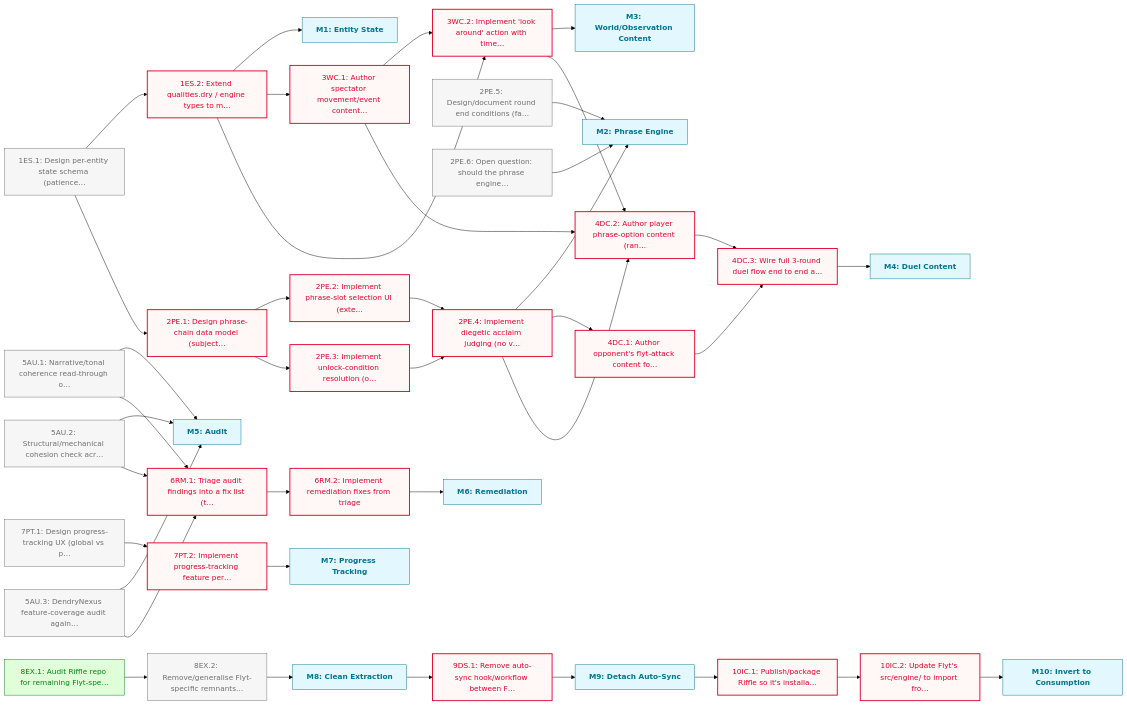
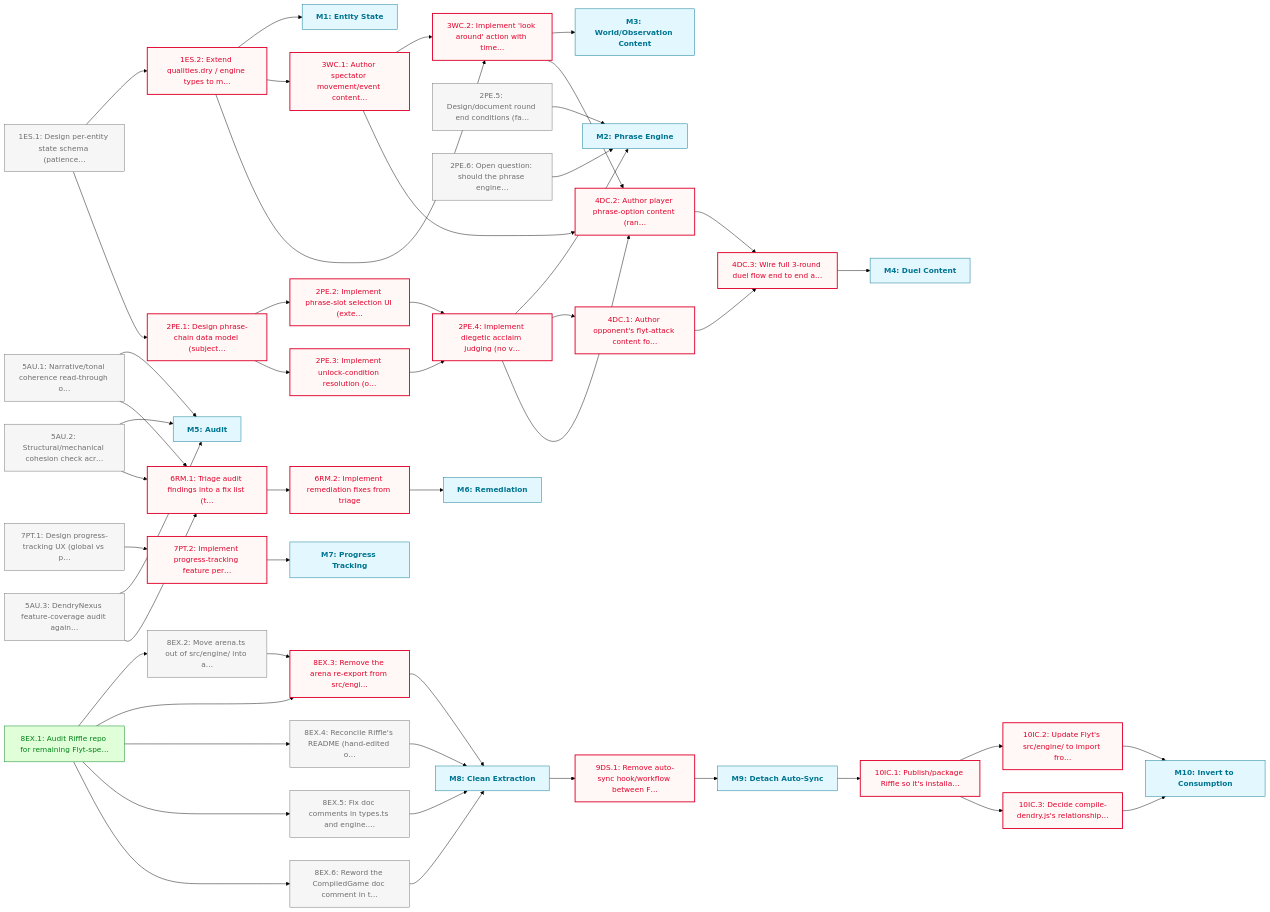
The diagram in docs/roadmaps/FOUNDATIONS.md (JasonWarrenUK/flyt), drawn with Mermaid (forest theme) before and after one commit. The commit also changed other lines of this file and 3 other files, not shown here.

First line of the commit message:
chore(roadmap): split 8EX.2 into one task per audit finding

````diff
--- a/docs/roadmaps/FOUNDATIONS.md
+++ b/docs/roadmaps/FOUNDATIONS.md
@@ -111,6 +121,7 @@
 ```mermaid
 graph LR
 	classDef todo fill:#f6f6f6,stroke:#6f6f6f,color:#6f6f6f
+	classDef inProgress fill:#e8f2ff,stroke:#0071af,color:#0071af
 	classDef blocked fill:#fff8f6,stroke:#e0002b,color:#e0002b,stroke-width:2px
 	classDef paused fill:#fdf4ff,stroke:#b01fe3,color:#b01fe3,stroke-dasharray:4 3
 	classDef deferred fill:#fff8f3,stroke:#ac5c00,color:#ac5c00,stroke-dasharray:2 4,font-style:italic
@@ -146,12 +157,17 @@
 	7PT.2["7PT.2: Implement progress-tracking feature per…"]
 	M7["M7: Progress Tracking"]:::mile
 	8EX.1["8EX.1: Audit Riffle repo for remaining Flyt-spe…"]
-	8EX.2["8EX.2: Remove/generalise Flyt-specific remnants…"]
+	8EX.2["8EX.2: Move arena.ts out of src/engine/ into a…"]
+	8EX.3["8EX.3: Remove the arena re-export from src/engi…"]
+	8EX.4["8EX.4: Reconcile Riffle's README (hand-edited o…"]
+	8EX.5["8EX.5: Fix doc comments in types.ts and engine.…"]
+	8EX.6["8EX.6: Reword the CompiledGame doc comment in t…"]
 	M8["M8: Clean Extraction"]:::mile
 	9DS.1["9DS.1: Remove auto-sync hook/workflow between F…"]
 	M9["M9: Detach Auto-Sync"]:::mile
 	10IC.1["10IC.1: Publish/package Riffle so it's installa…"]
 	10IC.2["10IC.2: Update Flyt's src/engine/ to import fro…"]
+	10IC.3["10IC.3: Decide compile-dendry.js's relationship…"]
 	M10["M10: Invert to Consumption"]:::mile
 	1ES.1 --> 1ES.2
 	1ES.1 --> 2PE.1
@@ -185,13 +201,23 @@
 	7PT.1 --> 7PT.2
 	7PT.2 --> M7
 	8EX.1 --> 8EX.2
-	8EX.2 --> M8
+	8EX.1 --> 8EX.3
+	8EX.1 --> 8EX.4
+	8EX.1 --> 8EX.5
+	8EX.1 --> 8EX.6
+	8EX.2 --> 8EX.3
+	8EX.3 --> M8
+	8EX.4 --> M8
+	8EX.5 --> M8
+	8EX.6 --> M8
 	M8 --> 9DS.1
 	9DS.1 --> M9
 	M9 --> 10IC.1
 	10IC.1 --> 10IC.2
+	10IC.1 --> 10IC.3
 	10IC.2 --> M10
-	class 1ES.1,2PE.5,2PE.6,5AU.1,5AU.2,5AU.3,7PT.1,8EX.2 todo
-	class 10IC.1,10IC.2,1ES.2,2PE.1,2PE.2,2PE.3,2PE.4,3WC.1,3WC.2,4DC.1,4DC.2,4DC.3,6RM.1,6RM.2,7PT.2,9DS.1 blocked
+	10IC.3 --> M10
+	class 1ES.1,2PE.5,2PE.6,5AU.1,5AU.2,5AU.3,7PT.1,8EX.2,8EX.4,8EX.5,8EX.6 todo
+	class 10IC.1,10IC.2,10IC.3,1ES.2,2PE.1,2PE.2,2PE.3,2PE.4,3WC.1,3WC.2,4DC.1,4DC.2,4DC.3,6RM.1,6RM.2,7PT.2,8EX.3,9DS.1 blocked
 	class 8EX.1 done
 ```
````
